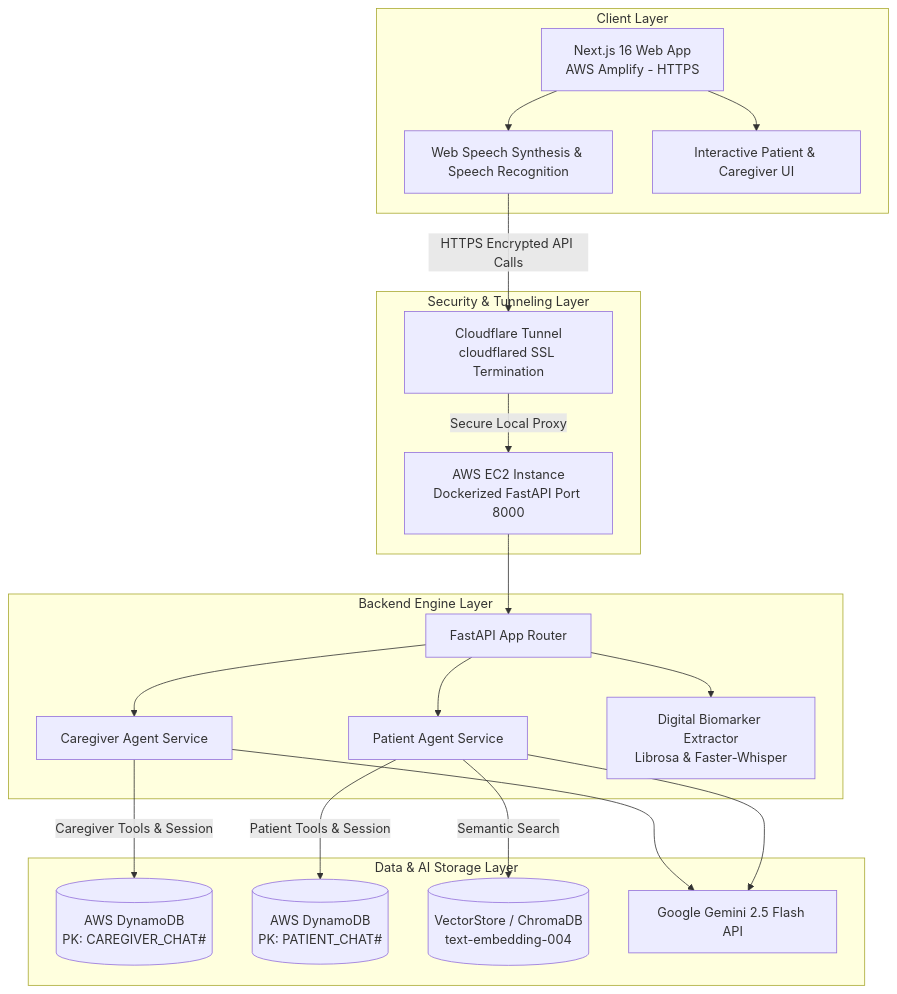
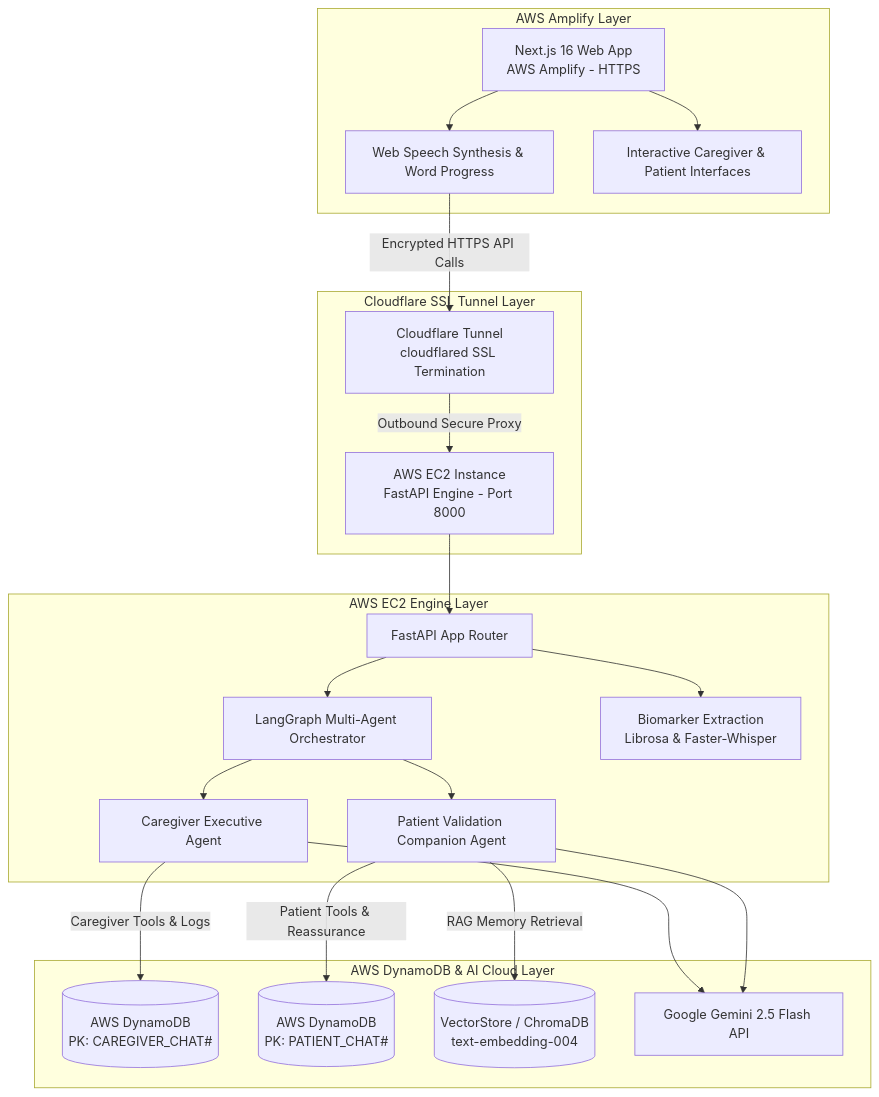
The first of 4 diagrams in README.md (nickhil-verma/CogniTrace-), drawn with Mermaid before and after one commit. The commit also changed other lines of this file, not shown here.

Commit message:
docs: emphasize AWS Cloud Track (EC2, Amplify, DynamoDB), LangGraph multi-agent orchestrator, and clinical AI guardrails in root README

````diff
--- a/README.md
+++ b/README.md
@@ -22,26 +49,27 @@
 ```mermaid
 flowchart TD
-    subgraph Client Layer
-        A[Next.js 16 Web App\nAWS Amplify - HTTPS] --> B[Web Speech Synthesis & Speech Recognition]
-        A --> C[Interactive Patient & Caregiver UI]
+    subgraph AWS Amplify Layer
+        A[Next.js 16 Web App\nAWS Amplify - HTTPS] --> B[Web Speech Synthesis & Word Progress]
+        A --> C[Interactive Caregiver & Patient Interfaces]
     end
 
-    subgraph Security & Tunneling Layer
-        B -->|HTTPS Encrypted API Calls| D[Cloudflare Tunnel\ncloudflared SSL Termination]
-        D -->|Secure Local Proxy| E[AWS EC2 Instance\nDockerized FastAPI Port 8000]
+    subgraph Cloudflare SSL Tunnel Layer
+        B -->|Encrypted HTTPS API Calls| D[Cloudflare Tunnel\ncloudflared SSL Termination]
+        D -->|Outbound Secure Proxy| E[AWS EC2 Instance\nFastAPI Engine - Port 8000]
     end
 
-    subgraph Backend Engine Layer
+    subgraph AWS EC2 Engine Layer
         E --> F[FastAPI App Router]
-        F --> G[Caregiver Agent Service]
-        F --> H[Patient Agent Service]
-        F --> I[Digital Biomarker Extractor\nLibrosa & Faster-Whisper]
+        F --> G[LangGraph Multi-Agent Orchestrator]
+        G --> H[Caregiver Executive Agent]
+        G --> I[Patient Validation Companion Agent]
+        F --> J[Biomarker Extraction\nLibrosa & Faster-Whisper]
     end
 
-    subgraph Data & AI Storage Layer
-        G -->|Caregiver Tools & Session| J[(AWS DynamoDB\nPK: CAREGIVER_CHAT#)]
-        H -->|Patient Tools & Session| K[(AWS DynamoDB\nPK: PATIENT_CHAT#)]
-        H -->|Semantic Search| L[(VectorStore / ChromaDB\ntext-embedding-004)]
-        G & H --> M[Google Gemini 2.5 Flash API]
+    subgraph AWS DynamoDB & AI Cloud Layer
+        H -->|Caregiver Tools & Logs| K[(AWS DynamoDB\nPK: CAREGIVER_CHAT#)]
+        I -->|Patient Tools & Reassurance| L[(AWS DynamoDB\nPK: PATIENT_CHAT#)]
+        I -->|RAG Memory Retrieval| M[(VectorStore / ChromaDB\ntext-embedding-004)]
+        H & I --> N[Google Gemini 2.5 Flash API]
     end
 ```
````
